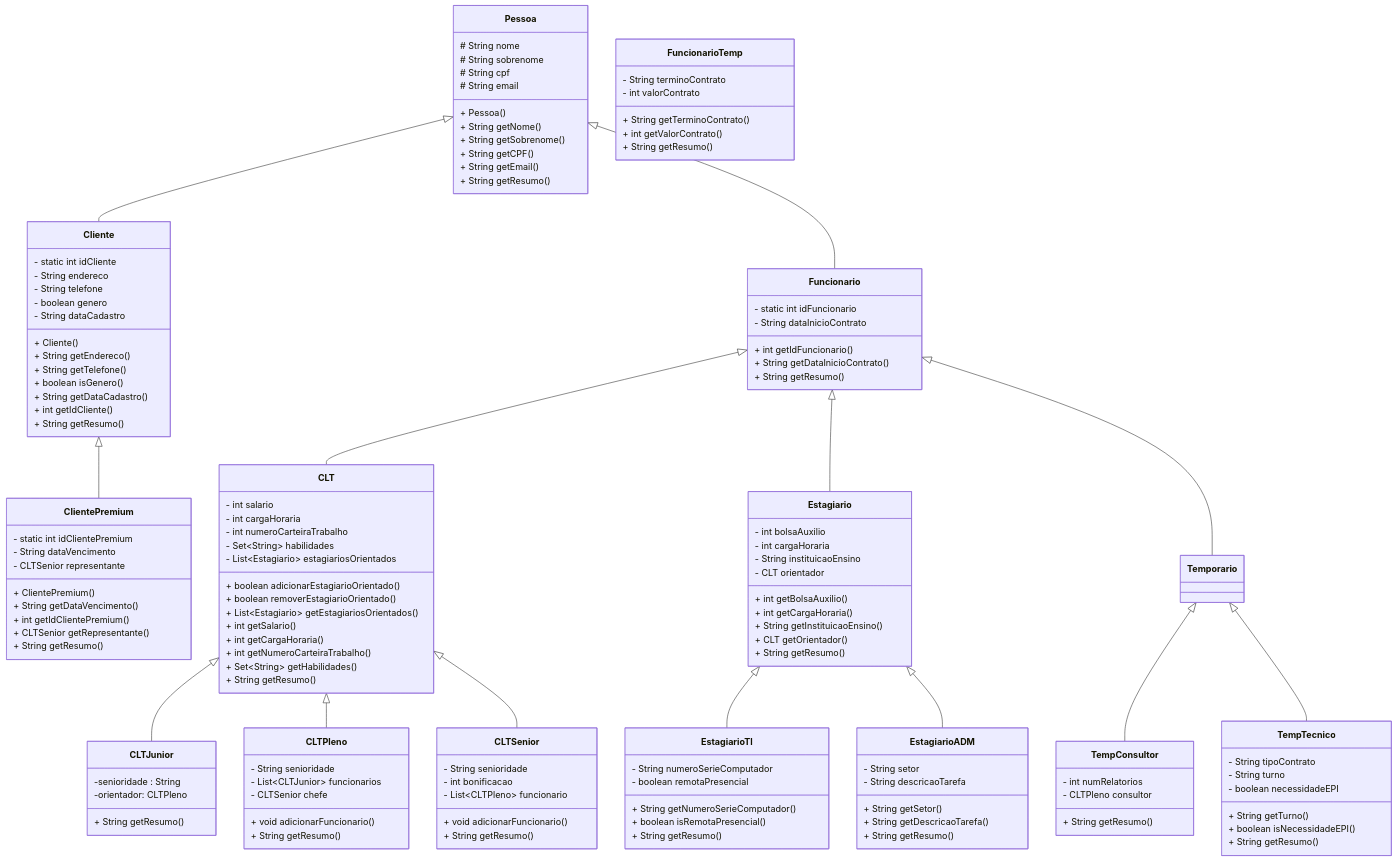
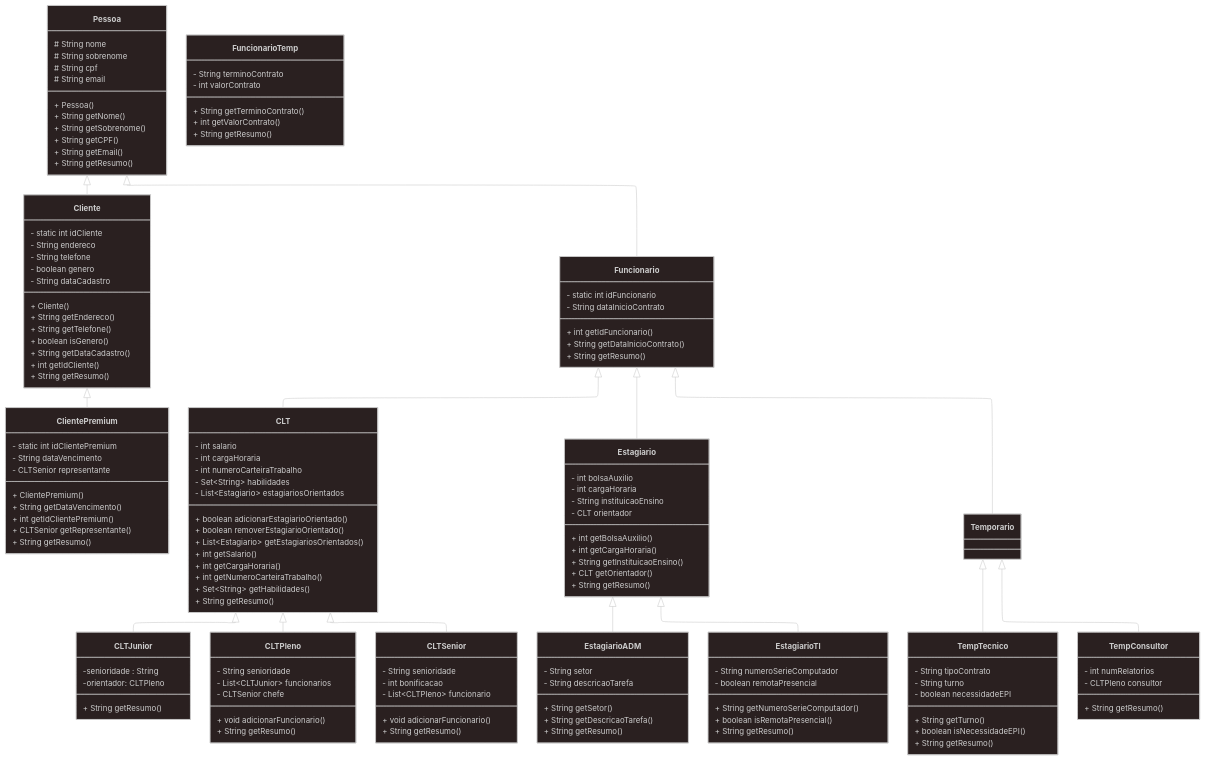
One commit to sergio-prolo-class/laboratorio-4-Bobby-coder-dev changed the diagram in readme.md. Above: the diagram before and after it, drawn with Mermaid. The commit also changed other lines of this file, not shown here.

````diff
--- a/readme.md
+++ b/readme.md
@@ -3,5 +3,12 @@
 ```Mermaid
+---
+config:
+  look: classic
+  theme: neo-dark
+  layout: elk
+---
 classDiagram
+direction TB
     class Pessoa {
         # String nome
         # String sobrenome
````
